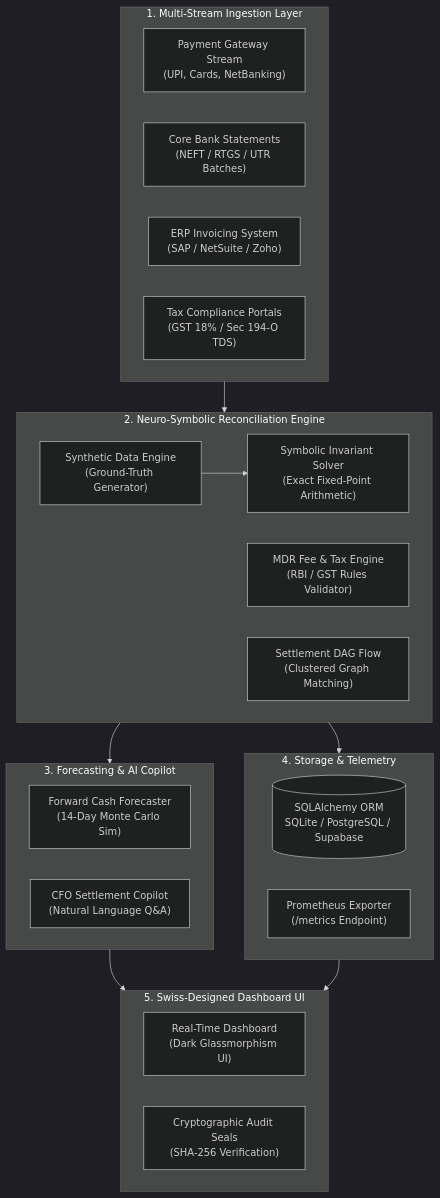
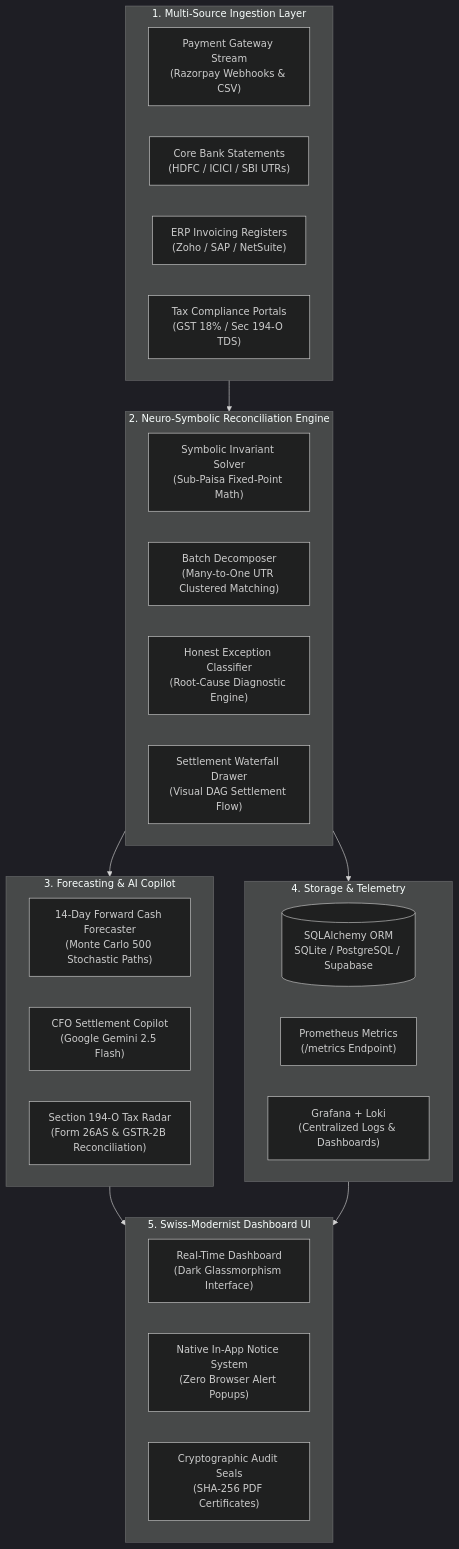
One commit to OmnitriX-7/AegisPay-Controller changed the diagram in README.md. Above: the diagram before and after it, drawn with Mermaid (dark theme). The commit also changed other lines of this file, not shown here.

Commit message:
docs: comprehensive README update with Gemini 2.5 Flash, full feature tour, architecture diagram and updated test suites

````diff
--- a/README.md
+++ b/README.md
@@ -57,37 +58,40 @@
 ```mermaid
 flowchart TB
-    subgraph DataIngestion ["1. Multi-Stream Ingestion Layer"]
-        GW["Payment Gateway Stream<br/>(UPI, Cards, NetBanking)"]
-        BANK["Core Bank Statements<br/>(NEFT / RTGS / UTR Batches)"]
-        ERP["ERP Invoicing System<br/>(SAP / NetSuite / Zoho)"]
+    subgraph DataIngestion ["1. Multi-Source Ingestion Layer"]
+        GW["Payment Gateway Stream<br/>(Razorpay Webhooks & CSV)"]
+        BANK["Core Bank Statements<br/>(HDFC / ICICI / SBI UTRs)"]
+        ERP["ERP Invoicing Registers<br/>(Zoho / SAP / NetSuite)"]
         TAX["Tax Compliance Portals<br/>(GST 18% / Sec 194-O TDS)"]
     end
 
     subgraph CoreEngine ["2. Neuro-Symbolic Reconciliation Engine"]
-        GEN["Synthetic Data Engine<br/>(Ground-Truth Generator)"] --> SYM
-        SYM["Symbolic Invariant Solver<br/>(Exact Fixed-Point Arithmetic)"]
-        RULE["MDR Fee & Tax Engine<br/>(RBI / GST Rules Validator)"]
-        DAG["Settlement DAG Flow<br/>(Clustered Graph Matching)"]
+        VER["Symbolic Invariant Solver<br/>(Sub-Paisa Fixed-Point Math)"]
+        DECOMP["Batch Decomposer<br/>(Many-to-One UTR Clustered Matching)"]
+        TRIAGE["Honest Exception Classifier<br/>(Root-Cause Diagnostic Engine)"]
+        WATERFALL["Settlement Waterfall Drawer<br/>(Visual DAG Settlement Flow)"]
     end
 
     subgraph Intelligence ["3. Forecasting & AI Copilot"]
-        CASH["Forward Cash Forecaster<br/>(14-Day Monte Carlo Sim)"]
-        COPILOT["CFO Settlement Copilot<br/>(Natural Language Q&A)"]
+        CASH["14-Day Forward Cash Forecaster<br/>(Monte Carlo 500 Stochastic Paths)"]
+        COPILOT["CFO Settlement Copilot<br/>(Google Gemini 2.5 Flash)"]
+        RADAR["Section 194-O Tax Radar<br/>(Form 26AS & GSTR-2B Reconciliation)"]
     end
 
     subgraph Persistence ["4. Storage & Telemetry"]
         DB[(SQLAlchemy ORM<br/>SQLite / PostgreSQL / Supabase)]
-        PROM["Prometheus Exporter<br/>(/metrics Endpoint)"]
+        PROM["Prometheus Metrics<br/>(/metrics Endpoint)"]
+        GRAFANA["Grafana + Loki<br/>(Centralized Logs & Dashboards)"]
     end
 
-    subgraph Presentation ["5. Swiss-Designed Dashboard UI"]
-        UI["Real-Time Dashboard<br/>(Dark Glassmorphism UI)"]
-        AUDIT["Cryptographic Audit Seals<br/>(SHA-256 Verification)"]
+    subgraph Presentation ["5. Swiss-Modernist Dashboard UI"]
+        UI["Real-Time Dashboard<br/>(Dark Glassmorphism Interface)"]
+        NOTIF["Native In-App Notice System<br/>(Zero Browser Alert Popups)"]
+        AUDIT["Cryptographic Audit Seals<br/>(SHA-256 PDF Certificates)"]
     end
 
     DataIngestion --> CoreEngine
     CoreEngine --> Intelligence
     CoreEngine --> Persistence
     Intelligence --> Presentation
     Persistence --> Presentation
 ```
````
